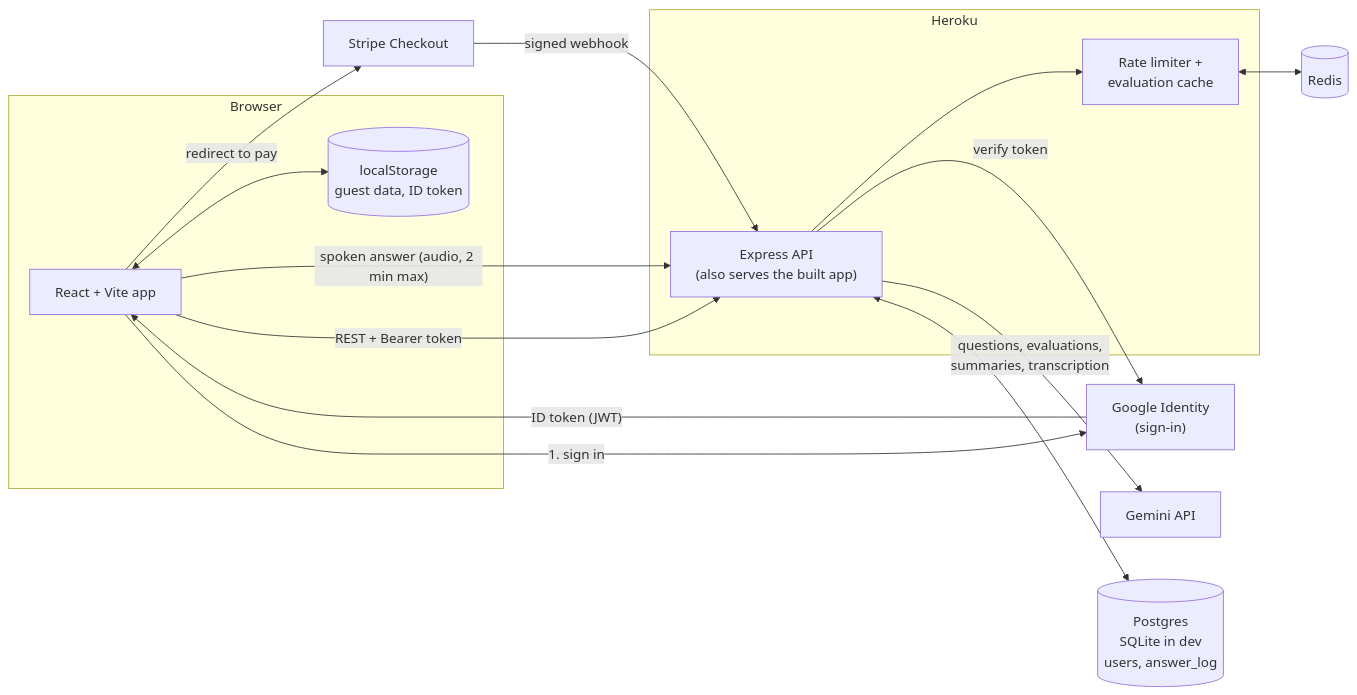
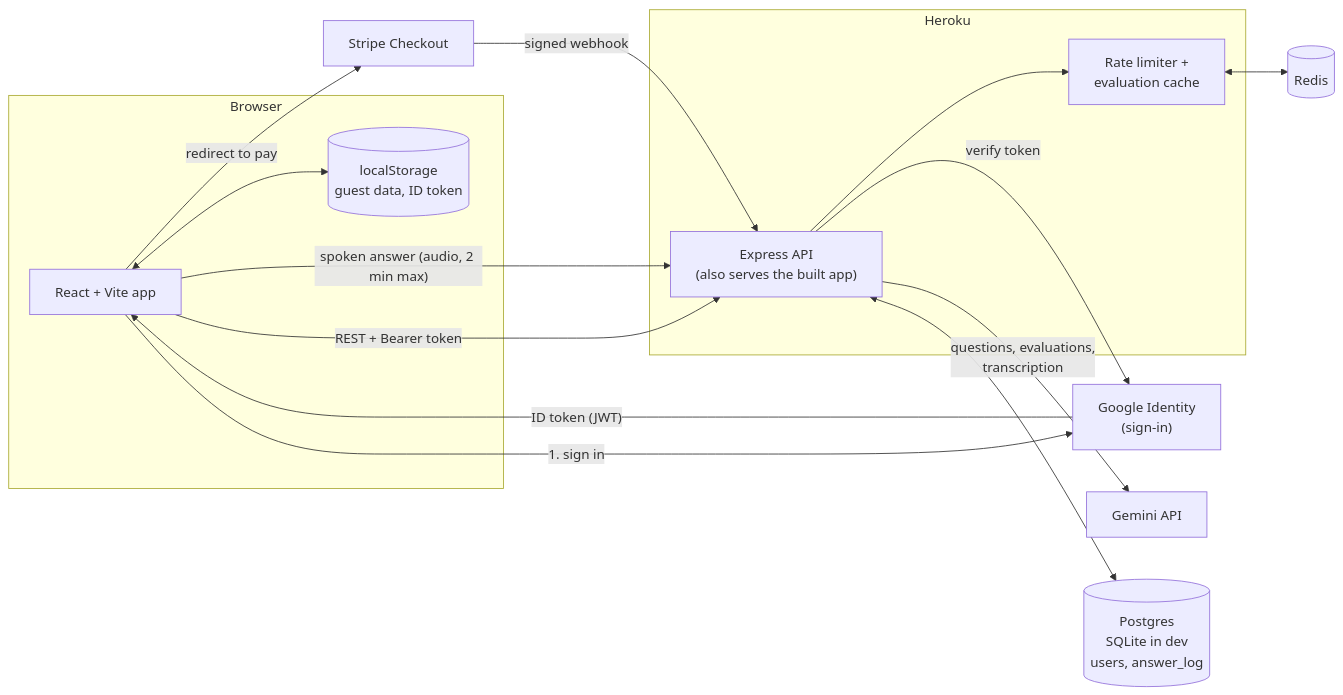
One commit to haramrit09k/ai-interview-prep-mentor changed the first of 3 diagrams in README.md. Above: the diagram before and after it, drawn with Mermaid. The commit also changed other lines of this file and 16 other files, not shown here.

````diff
--- a/README.md
+++ b/README.md
@@ -25,31 +25,31 @@
 ```mermaid
 flowchart LR
     subgraph Browser
         UI["React + Vite app"]
         LS[("localStorage<br/>guest data, ID token")]
     end
 
     subgraph Heroku
         API["Express API<br/>(also serves the built app)"]
         RL["Rate limiter +<br/>evaluation cache"]
     end
 
     Google["Google Identity<br/>(sign-in)"]
     Gemini["Gemini API"]
     Stripe["Stripe Checkout"]
     Redis[("Redis")]
     DB[("Postgres<br/>SQLite in dev<br/>users, answer_log")]
 
     UI <--> LS
     UI -- "1. sign in" --> Google
     Google -- "ID token (JWT)" --> UI
     UI -- "REST + Bearer token" --> API
     API -- "verify token" --> Google
     API --> RL
     RL <--> Redis
-    API -- "questions, evaluations,<br/>summaries, transcription" --> Gemini
+    API -- "questions, evaluations,<br/>transcription" --> Gemini
     API <--> DB
     UI -- "spoken answer (audio, 2 min max)" --> API
     UI -- "redirect to pay" --> Stripe
     Stripe -- "signed webhook" --> API
 ```
````
